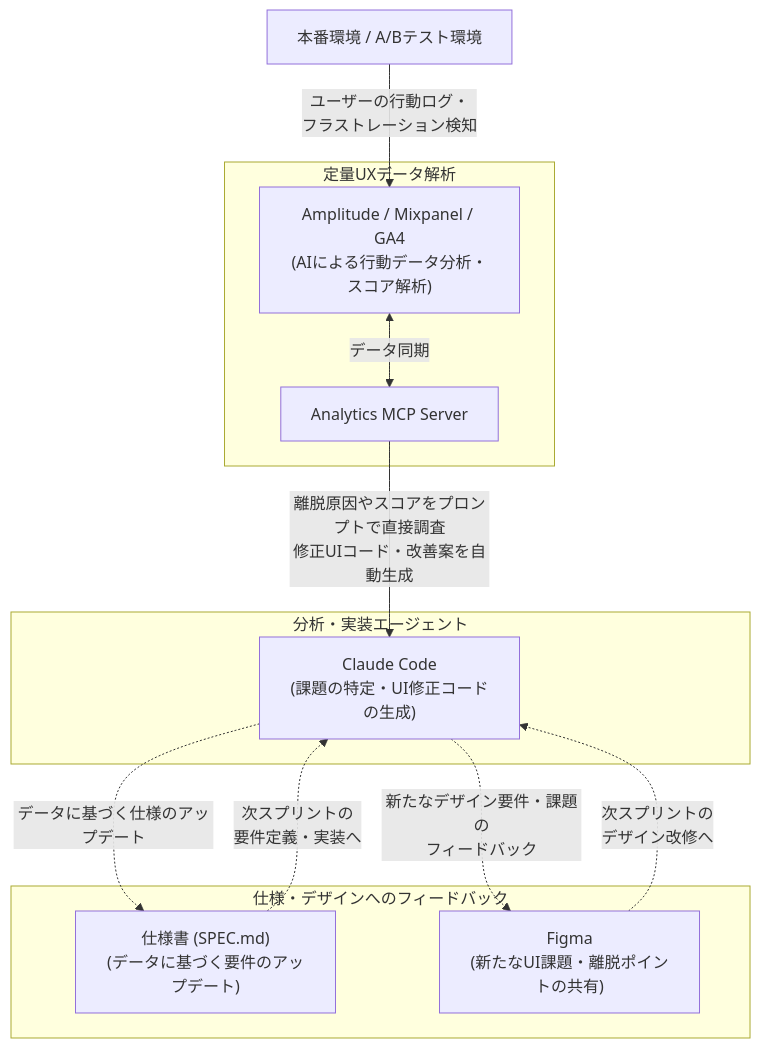
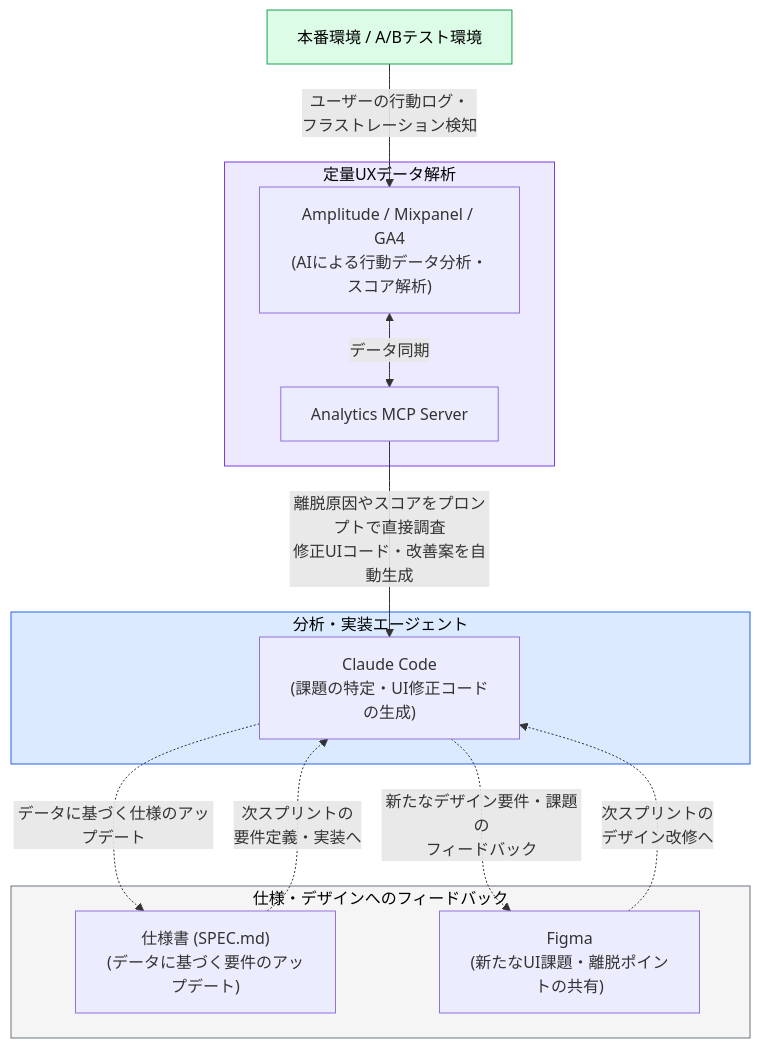
Before and after one commit to takuma39/ai: diagram 22 of 44 in AI駆動開発.md, drawn with Mermaid. The commit also changed other lines of this file, not shown here.

````diff
--- a/AI駆動開発.md
+++ b/AI駆動開発.md
@@ -842,28 +916,33 @@
 ```mermaid
 graph TD
     Prod["本番環境 / A/Bテスト環境"]
 
     subgraph analytics["定量UXデータ解析"]
         SaaS["Amplitude / Mixpanel / GA4<br/>(AIによる行動データ分析・スコア解析)"]
         SaaSMCP["Analytics MCP Server"]
     end
 
     subgraph agent["分析・実装エージェント"]
         ClaudeCode["Claude Code<br/>(課題の特定・UI修正コードの生成)"]
     end
 
     subgraph feedback["仕様・デザインへのフィードバック"]
         MD["仕様書 (SPEC.md)<br/>(データに基づく要件のアップデート)"]
         Figma["Figma<br/>(新たなUI課題・離脱ポイントの共有)"]
     end
 
     Prod -->|"ユーザーの行動ログ・<br/>フラストレーション検知"| SaaS
     SaaS <-->|"データ同期"| SaaSMCP
     SaaSMCP -->|"離脱原因やスコアをプロンプトで直接調査<br/>修正UIコード・改善案を自動生成"| ClaudeCode
 
     ClaudeCode -.->|"データに基づく仕様のアップデート"| MD
     ClaudeCode -.->|"新たなデザイン要件・課題の<br/>フィードバック"| Figma
     
     MD -.->|"次スプリントの<br/>要件定義・実装へ"| ClaudeCode
     Figma -.->|"次スプリントの<br/>デザイン改修へ"| ClaudeCode
+
+    style Prod fill:#dcfce7,stroke:#16a34a,color:#000
+    style analytics fill:#ede9fe,stroke:#7c3aed,color:#000
+    style agent fill:#dbeafe,stroke:#2563eb,color:#000
+    style feedback fill:#f5f5f5,stroke:#6c757d,color:#000
 ```
````
